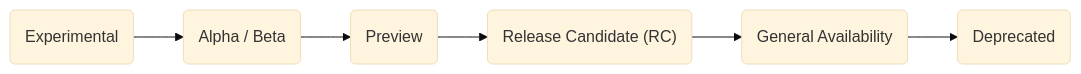
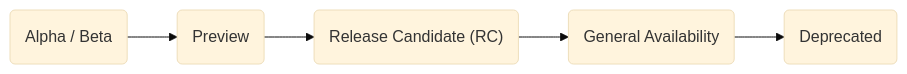
One commit to apollographql/docs changed the first of 2 diagrams in src/content/basics/resources/release-stages.md. Above: the diagram before and after it, drawn with Mermaid (base theme). The commit also changed other lines of this file, not shown here.

````diff
--- a/src/content/basics/resources/release-stages.md
+++ b/src/content/basics/resources/release-stages.md
@@ -10,11 +10,10 @@
 ```mermaid
 graph LR;
-  experimental(Experimental)
-  experimental --> alphabeta(Alpha / Beta);
+  alphabeta(Alpha / Beta);
   alphabeta --> preview(Preview);
   preview --> rc("Release Candidate (RC)");
   rc --> ga(General Availability);
   ga --> deprecated(Deprecated);
   class ga tertiary;
   class deprecated secondary;
 ```
````
